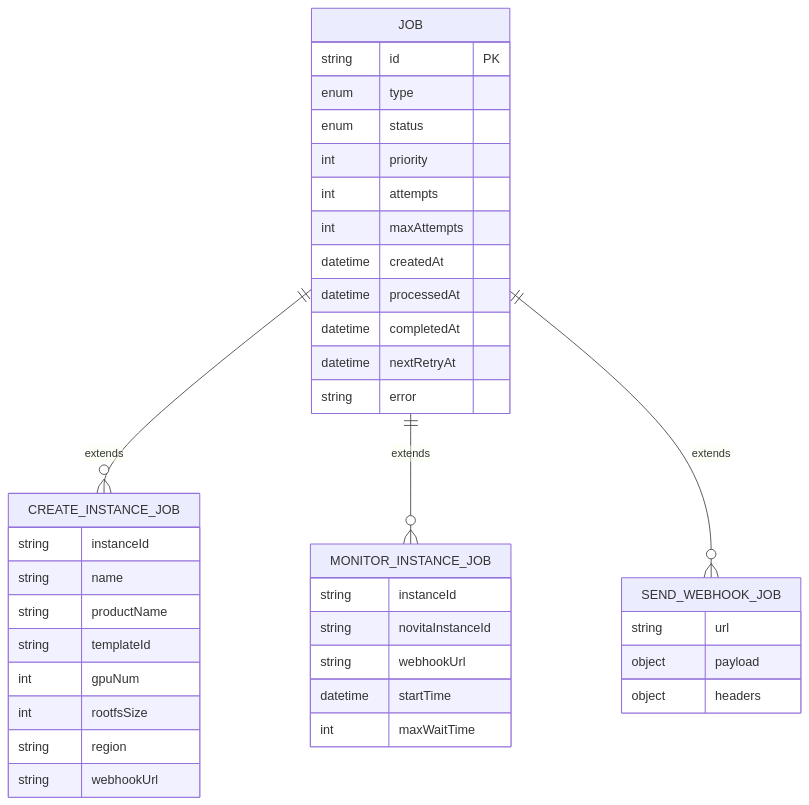
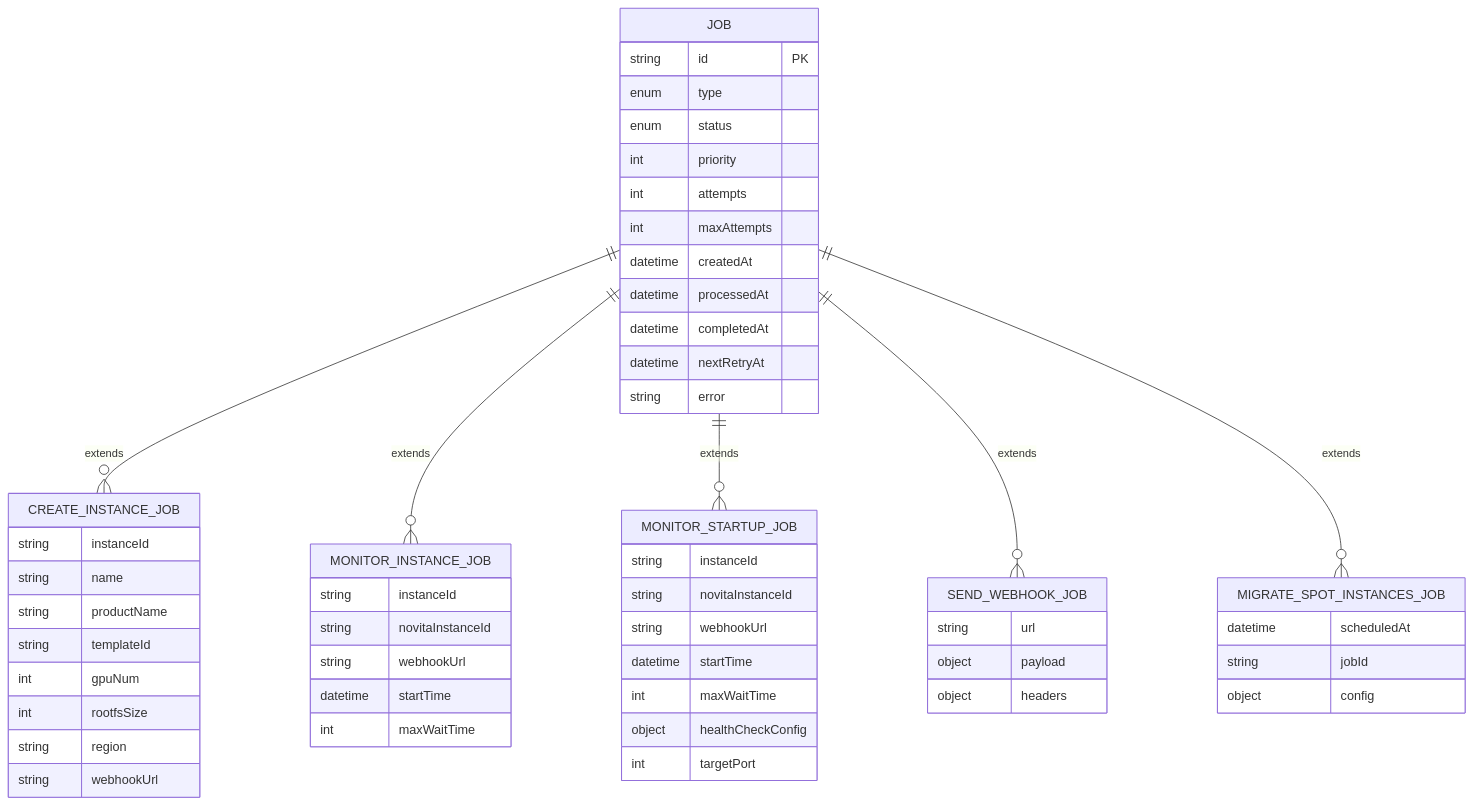
The sixth of 10 diagrams in .qoder/repowiki/en/content/Service Architecture/Job Queue Service.md (sontl/novita-ai-api), drawn with Mermaid before and after one commit. The commit also changed other lines of this file and 76 other files, not shown here.

````diff
--- a/.qoder/repowiki/en/content/Service Architecture/Job Queue Service.md
+++ b/.qoder/repowiki/en/content/Service Architecture/Job Queue Service.md
@@ -198,41 +207,57 @@
 ```mermaid
 erDiagram
 JOB ||--o{ CREATE_INSTANCE_JOB : "extends"
 JOB ||--o{ MONITOR_INSTANCE_JOB : "extends"
+JOB ||--o{ MONITOR_STARTUP_JOB : "extends"
 JOB ||--o{ SEND_WEBHOOK_JOB : "extends"
+JOB ||--o{ MIGRATE_SPOT_INSTANCES_JOB : "extends"
 JOB {
 string id PK
 enum type
 enum status
 int priority
 int attempts
 int maxAttempts
 datetime createdAt
 datetime processedAt
 datetime completedAt
 datetime nextRetryAt
 string error
 }
 CREATE_INSTANCE_JOB {
 string instanceId
 string name
 string productName
 string templateId
 int gpuNum
 int rootfsSize
 string region
 string webhookUrl
 }
 MONITOR_INSTANCE_JOB {
 string instanceId
 string novitaInstanceId
 string webhookUrl
 datetime startTime
 int maxWaitTime
 }
+MONITOR_STARTUP_JOB {
+string instanceId
+string novitaInstanceId
+string webhookUrl
+datetime startTime
+int maxWaitTime
+object healthCheckConfig
+int targetPort
+}
 SEND_WEBHOOK_JOB {
 string url
 object payload
 object headers
 }
+MIGRATE_SPOT_INSTANCES_JOB {
+datetime scheduledAt
+string jobId
+object config
+}
 ```
````
